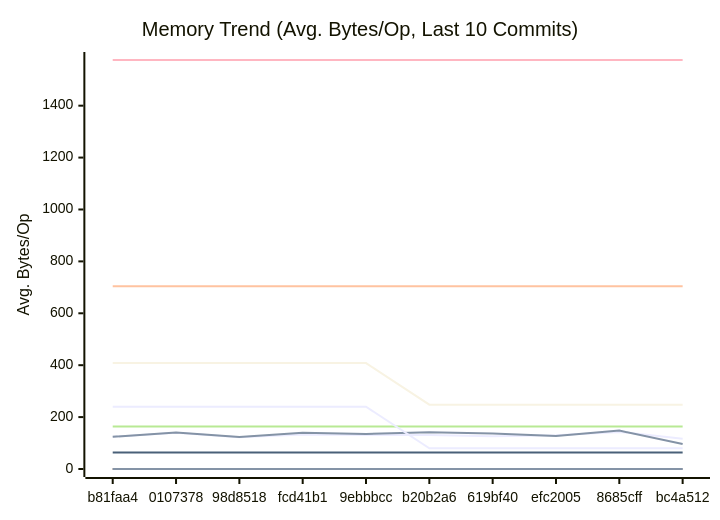
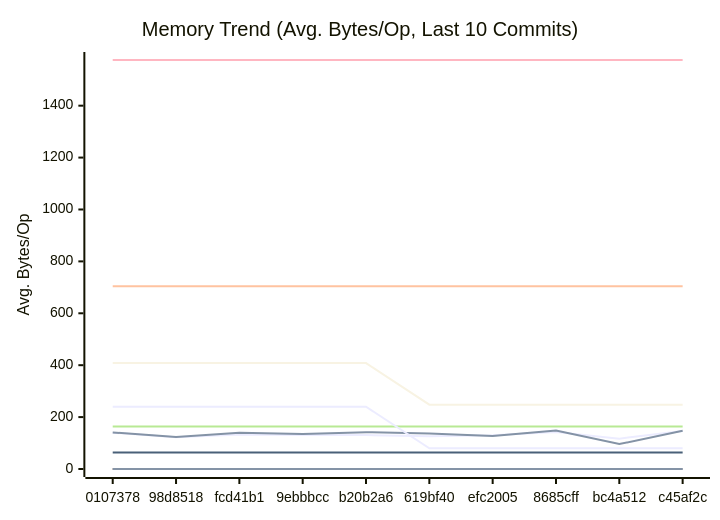
The second of 3 diagrams in docs/PERFORMANCE.md (alsotoes/momo), drawn with Mermaid before and after one commit. The commit also changed other lines of this file and 4 other files, not shown here.

First line of the commit message:
docs: sync codebase state into ARCHITECTURE, P2P, PROTOCOL docs

````diff
--- a/docs/PERFORMANCE.md
+++ b/docs/PERFORMANCE.md
@@ -171,20 +171,20 @@
 ```mermaid
 xychart-beta
     title "Memory Trend (Avg. Bytes/Op, Last 10 Commits)"
     x-axis "Commit"
     y-axis "Avg. Bytes/Op"
-    x-axis [b81faa4,0107378,98d8518,fcd41b1,9ebbbcc,b20b2a6,619bf40,efc2005,8685cff,bc4a512]
-    line "AWSChunkedReaderSigned" [124,140,122,133,131,131,126,130,143,117]
-    line "AWSChunkedReaderUnsigned" [124,141,123,140,135,142,137,127,148,96]
+    x-axis [0107378,98d8518,fcd41b1,9ebbbcc,b20b2a6,619bf40,efc2005,8685cff,bc4a512,c45af2c]
+    line "AWSChunkedReaderSigned" [140,122,133,131,131,126,130,143,117,146]
+    line "AWSChunkedReaderUnsigned" [141,123,140,135,142,137,127,148,96,147]
     line "CheckMetricsAndSwap" [0,0,0,0,0,0,0,0,0,0]
     line "CrushOptimized" [0,0,0,0,0,0,0,0,0,0]
     line "CrushOriginal" [164,164,164,164,164,164,164,164,164,164]
     line "IndexDirectTracking" [0,0,0,0,0,0,0,0,0,0]
     line "IndexSearch" [0,0,0,0,0,0,0,0,0,0]
     line "LoadGlobalConfig" [1576,1576,1576,1576,1576,1576,1576,1576,1576,1576]
     line "PadString" [64,64,64,64,64,64,64,64,64,64]
     line "ParseReplicationOrder_NoPrealloc" [408,408,408,408,408,248,248,248,248,248]
     line "ParseReplicationOrder_Prealloc" [240,240,240,240,240,80,80,80,80,80]
     line "SanitizeLog/Safe" [0,0,0,0,0,0,0,0,0,0]
     line "SanitizeLog/Unsafe" [704,704,704,704,704,704,704,704,704,704]
 ```
````
